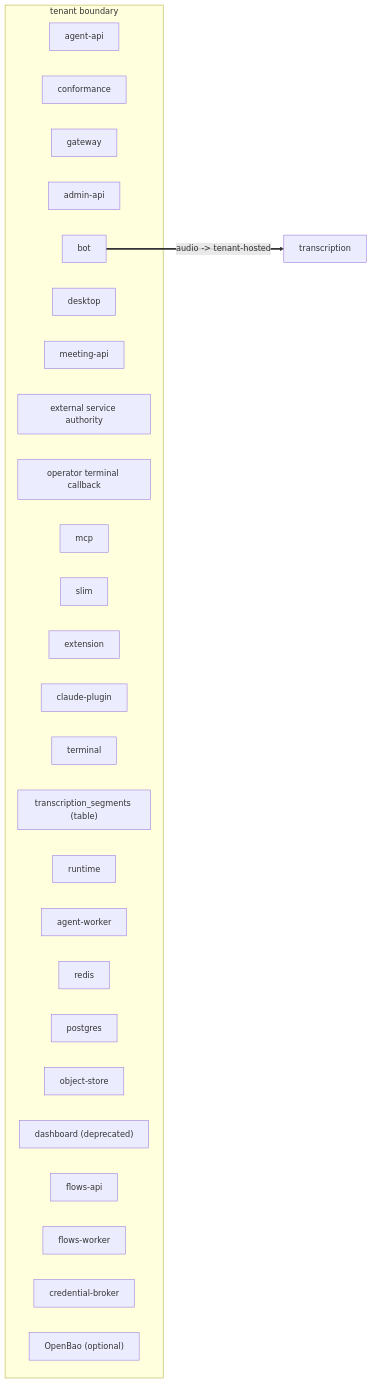
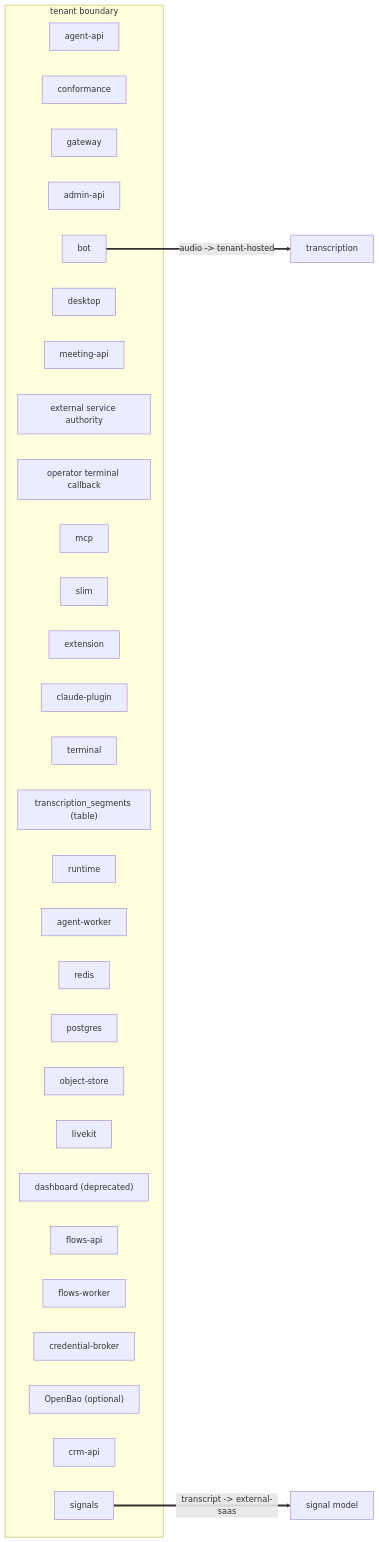
One commit to Vexa-ai/vexa changed the diagram in docs/views/egress.mmd. Above: the diagram before and after it, drawn with Mermaid. The commit also changed 836 other files, not shown here.

```diff
--- a/docs/views/egress.mmd
+++ b/docs/views/egress.mmd
@@ -1,31 +1,36 @@
 %% GENERATED — pnpm arch:dsl --write
 flowchart LR
   subgraph tenant["tenant boundary"]
     agent_api["agent-api"]
     conformance["conformance"]
     gateway["gateway"]
     admin_api["admin-api"]
     bot["bot"]
     desktop["desktop"]
     meeting_api["meeting-api"]
     service_authority["external service authority"]
     system_webhook["operator terminal callback"]
     mcp["mcp"]
     slim["slim"]
     extension["extension"]
     claude_plugin["claude-plugin"]
     terminal["terminal"]
     segments_table["transcription_segments (table)"]
     runtime["runtime"]
     agent_worker["agent-worker"]
     redis["redis"]
     postgres["postgres"]
     object_store["object-store"]
+    livekit["livekit"]
     dashboard["dashboard (deprecated)"]
     flows_api["flows-api"]
     flows_worker["flows-worker"]
     credentials_broker["credential-broker"]
     credentials_vault["OpenBao (optional)"]
+    crm_api["crm-api"]
+    signals_service["signals"]
   end
   transcription["transcription"]
   bot ==>|"audio -> tenant-hosted"| transcription
+  signal_model["signal model"]
+  signals_service ==>|"transcript -> external-saas"| signal_model
```
